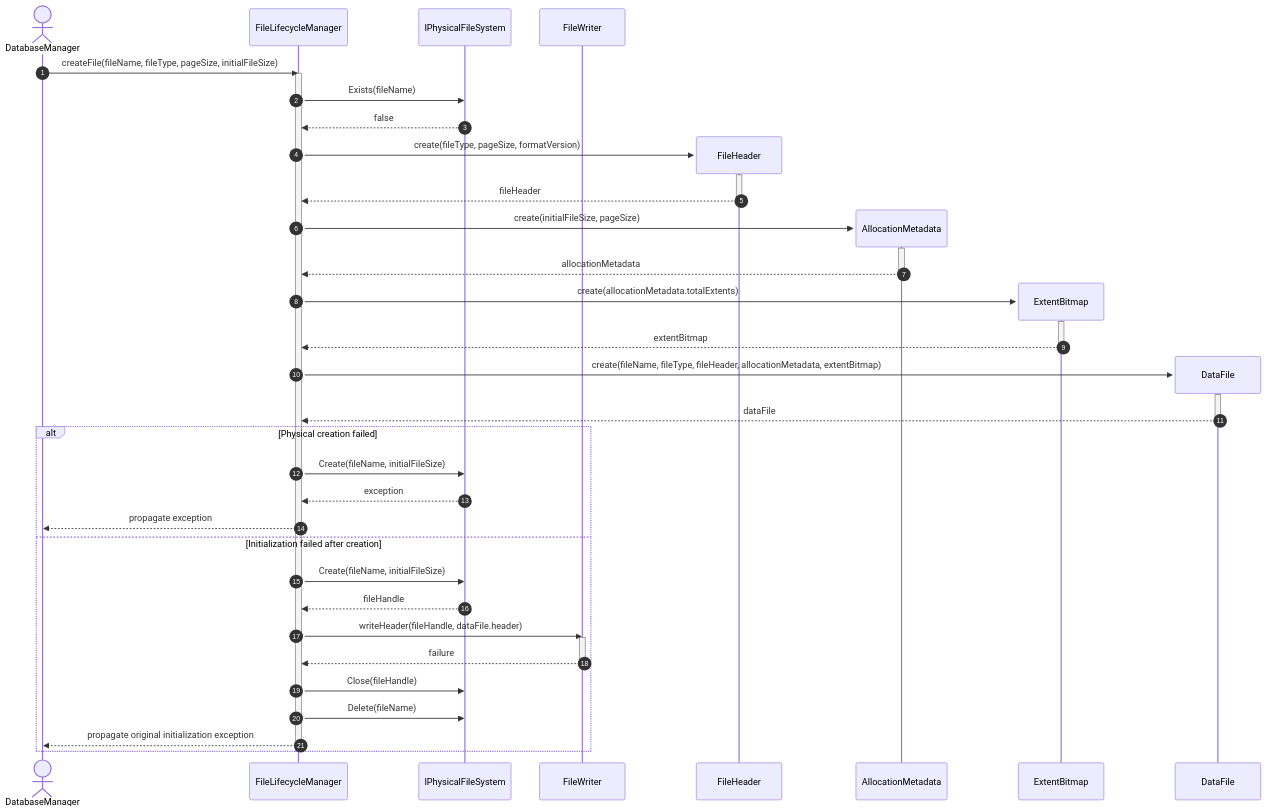
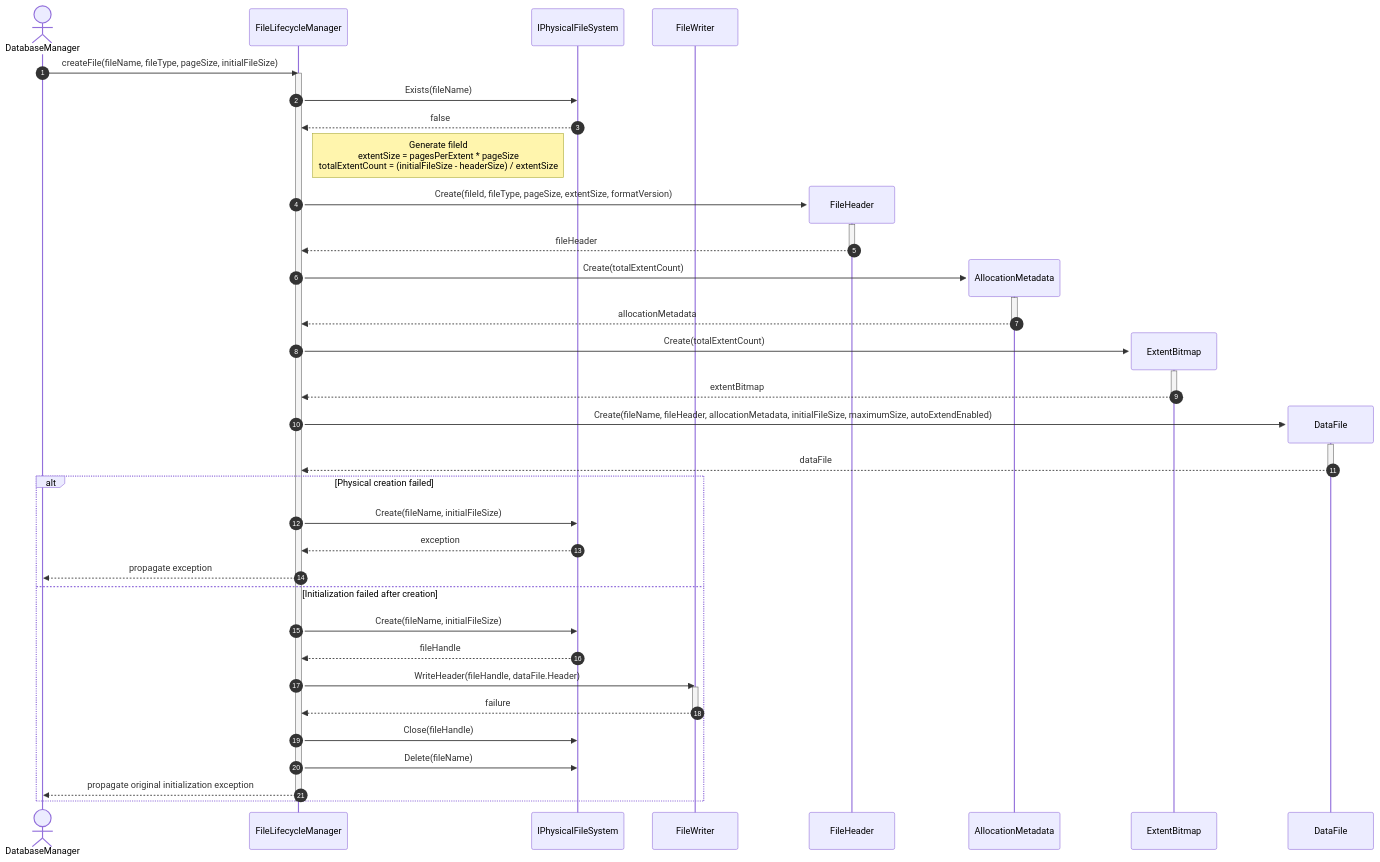
One commit to manaxpow/DBMS changed the third of 3 diagrams in docs/diagrams/sequence-diagrams/storage-engine/file-management/file-lifecycle/create-file.md. Above: the diagram before and after it, drawn with Mermaid. The commit also changed other lines of this file and 98 other files, not shown here.

````diff
--- a/docs/diagrams/sequence-diagrams/storage-engine/file-management/file-lifecycle/create-file.md
+++ b/docs/diagrams/sequence-diagrams/storage-engine/file-management/file-lifecycle/create-file.md
@@ -96,60 +97,61 @@
 ```mermaid
 sequenceDiagram
     autonumber
 
     actor DB as DatabaseManager
     participant LM as FileLifecycleManager
     participant PFS as IPhysicalFileSystem
     participant FW as FileWriter
 
     DB->>LM: createFile(fileName, fileType, pageSize, initialFileSize)
     activate LM
 
     LM->>PFS: Exists(fileName)
     PFS-->>LM: false
 
+    note right of LM: Generate fileId<br/>extentSize = pagesPerExtent * pageSize<br/>totalExtentCount = (initialFileSize - headerSize) / extentSize
     create participant FH as FileHeader
-    LM->>FH: create(fileType, pageSize, formatVersion)
+    LM->>FH: Create(fileId, fileType, pageSize, extentSize, formatVersion)
     activate FH
     FH-->>LM: fileHeader
     deactivate FH
 
     create participant AM as AllocationMetadata
-    LM->>AM: create(initialFileSize, pageSize)
+    LM->>AM: Create(totalExtentCount)
     activate AM
     AM-->>LM: allocationMetadata
     deactivate AM
 
     create participant EB as ExtentBitmap
-    LM->>EB: create(allocationMetadata.totalExtents)
+    LM->>EB: Create(totalExtentCount)
     activate EB
     EB-->>LM: extentBitmap
     deactivate EB
 
     create participant DF as DataFile
-    LM->>DF: create(fileName, fileType, fileHeader, allocationMetadata, extentBitmap)
+    LM->>DF: Create(fileName, fileHeader, allocationMetadata, initialFileSize, maximumSize, autoExtendEnabled)
     activate DF
     DF-->>LM: dataFile
     deactivate DF
 
     alt Physical creation failed
         LM->>PFS: Create(fileName, initialFileSize)
         PFS-->>LM: exception
         LM-->>DB: propagate exception
     else Initialization failed after creation
         LM->>PFS: Create(fileName, initialFileSize)
         PFS-->>LM: fileHandle
 
-        LM->>FW: writeHeader(fileHandle, dataFile.header)
+        LM->>FW: WriteHeader(fileHandle, dataFile.Header)
         activate FW
         FW-->>LM: failure
         deactivate FW
 
         LM->>PFS: Close(fileHandle)
         LM->>PFS: Delete(fileName)
         
         LM-->>DB: propagate original initialization exception
     end
 
     deactivate LM
 ```
````
